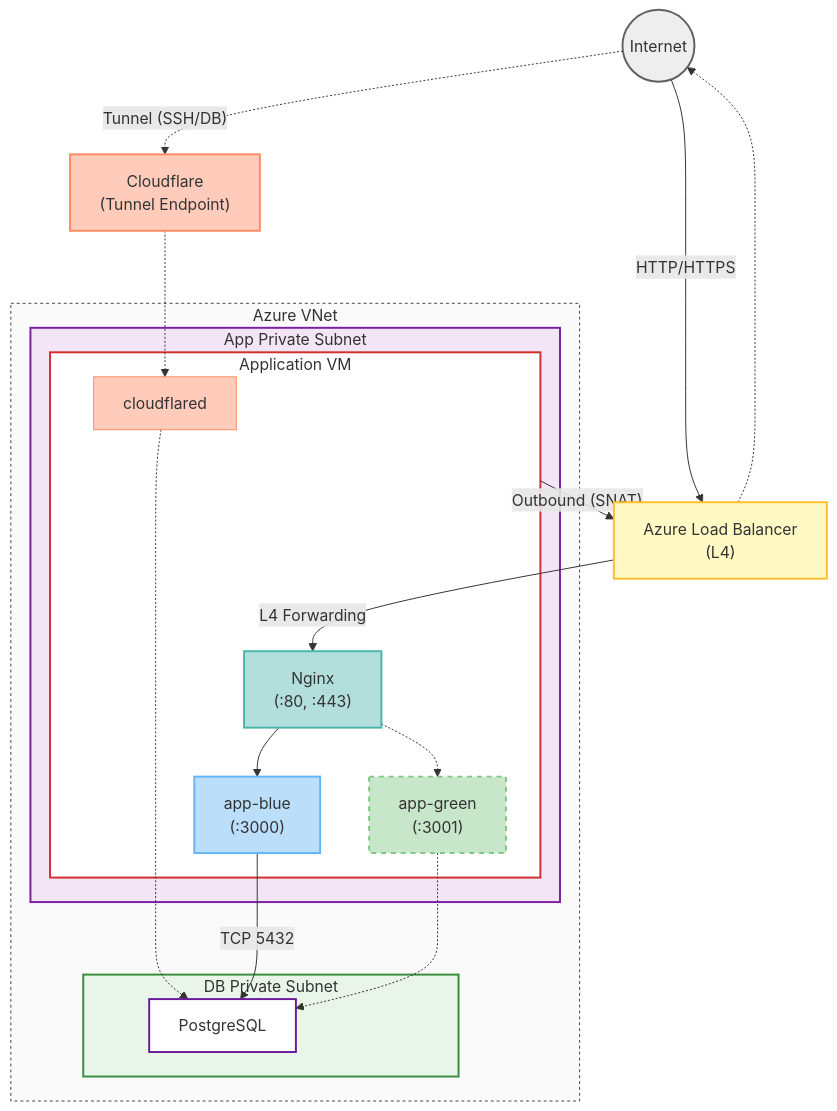
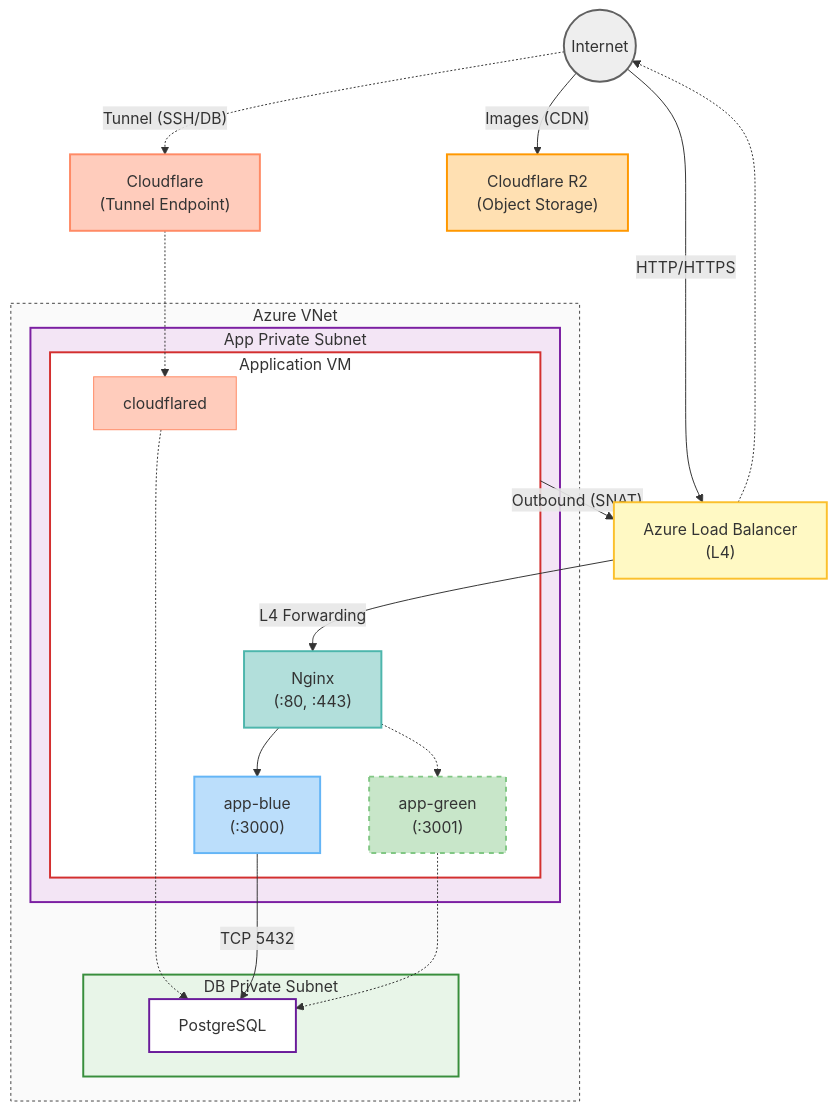
One commit to 5unk3n/thats-my-floor changed the diagram in docs/infrastructure.md. Above: the diagram before and after it, drawn with Mermaid. The commit also changed other lines of this file and 1 other file, not shown here.

````diff
--- a/docs/infrastructure.md
+++ b/docs/infrastructure.md
@@ -13,64 +13,69 @@
 ```mermaid
 graph TD
     Internet((Internet))
 
     %% External Services
     CF["Cloudflare<br/>(Tunnel Endpoint)"]
     LB["Azure Load Balancer<br/>(L4)"]
+    R2["Cloudflare R2<br/>(Object Storage)"]
 
     subgraph VNet ["Azure VNet"]
         %% App Private Subnet with VM internals
         subgraph AppSubnet ["App Private Subnet"]
             subgraph AppVM ["Application VM"]
                 CFD["cloudflared"]
                 Nginx["Nginx<br/>(:80, :443)"]
                 Blue["app-blue<br/>(:3000)"]
                 Green["app-green<br/>(:3001)"]
             end
         end
 
         %% DB Private Subnet
         subgraph DBSubnet ["DB Private Subnet"]
             DB["PostgreSQL"]
         end
     end
 
     %% === User Traffic (Service) ===
     Internet --"HTTP/HTTPS"--> LB
     LB --"L4 Forwarding"--> Nginx
     Nginx --> Blue
     Nginx -.-> Green
 
     %% === Management Access via Cloudflare Tunnel ===
     Internet -."Tunnel (SSH/DB)".-> CF
     CF -.-> CFD
     CFD -.-> DB
 
     %% === App to DB ===
     Blue --"TCP 5432"--> DB
     Green -.-> DB
 
+    %% === User to R2 (Image via CDN) ===
+    Internet --"Images (CDN)"--> R2
+
     %% === Outbound via LB ===
     AppVM --"Outbound (SNAT)"--> LB
     LB -.-> Internet
 
     %% Styling - External
     style CF fill:#ffccbc,stroke:#ff8a65,stroke-width:2px
     style LB fill:#fff9c4,stroke:#fbc02d,stroke-width:2px
+    style R2 fill:#ffe0b2,stroke:#ff9800,stroke-width:2px
     style Internet fill:#eeeeee,stroke:#616161,stroke-width:2px
 
     %% Styling - VNet
     style VNet fill:#fafafa,stroke:#424242,stroke-width:1px,stroke-dasharray: 3 3
     style AppSubnet fill:#f3e5f5,stroke:#7b1fa2,stroke-width:2px
     style DBSubnet fill:#e8f5e8,stroke:#388e3c,stroke-width:2px
 
     %% Styling - VM Internals
     style AppVM fill:#ffffff,stroke:#d32f2f,stroke-width:2px
     style CFD fill:#ffccbc,stroke:#ff8a65,stroke-width:1px
     style Nginx fill:#b2dfdb,stroke:#4db6ac,stroke-width:2px
     style Blue fill:#bbdefb,stroke:#64b5f6,stroke-width:2px
     style Green fill:#c8e6c9,stroke:#81c784,stroke-width:2px,stroke-dasharray: 5 5
 
     %% Styling - DB
     style DB fill:#ffffff,stroke:#6a1b9a,stroke-width:2px
 ```
````
